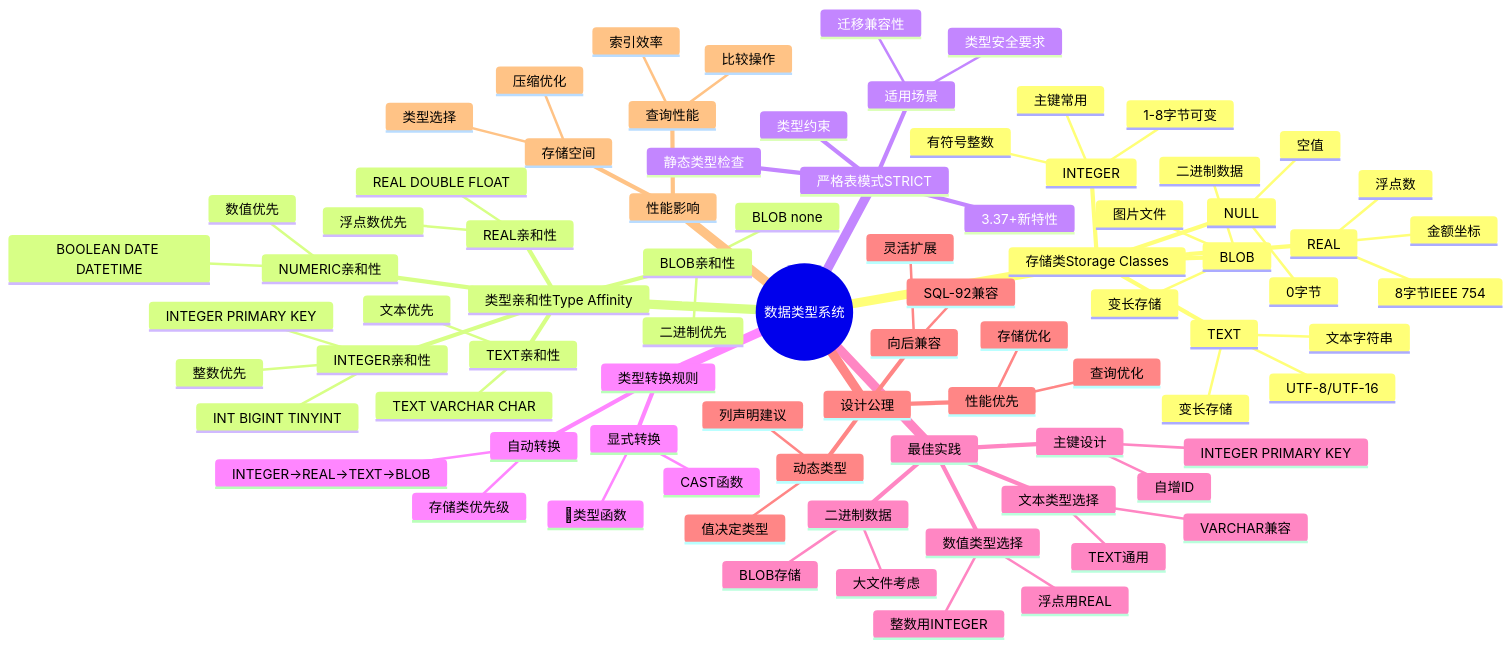
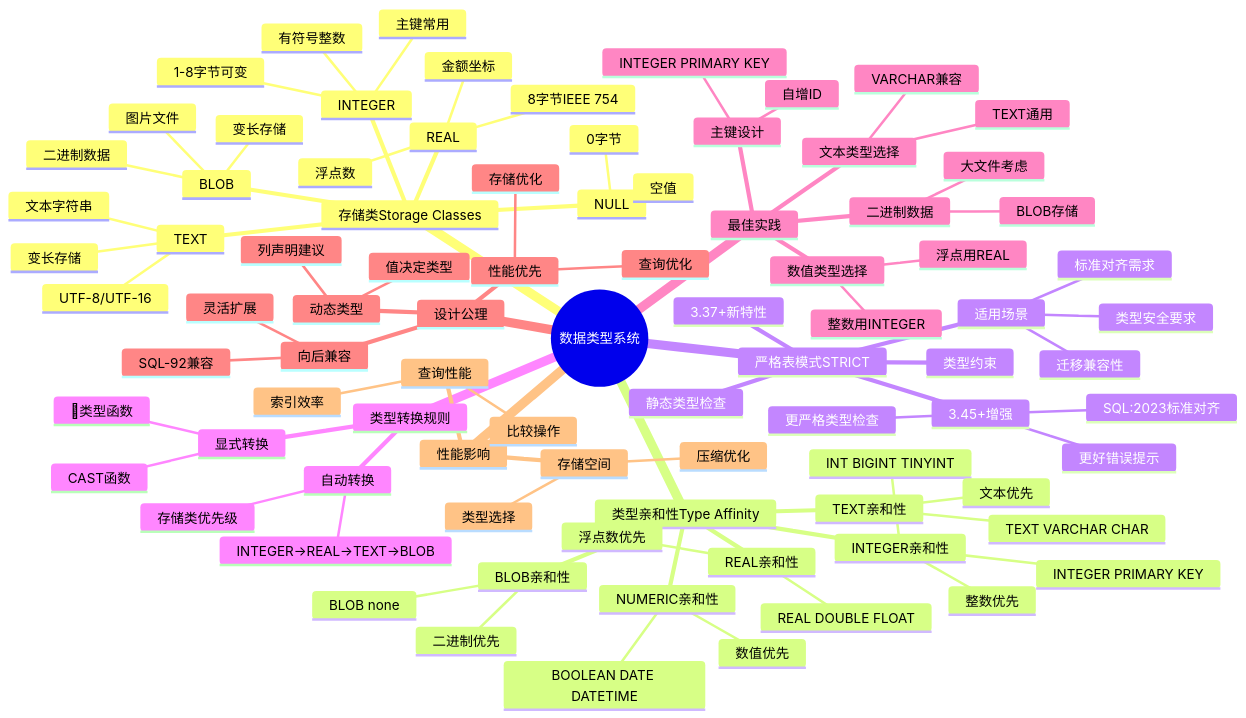
Before and after one commit to AdaMartin18010/Data-Science: the diagram in Sqlite/02-数据模型/02.01-数据类型系统.md, drawn with Mermaid. The commit also changed other lines of this file and 4 other files, not shown here.

```diff
--- a/Sqlite/02-数据模型/02.01-数据类型系统.md
+++ b/Sqlite/02-数据模型/02.01-数据类型系统.md
@@ -107,11 +148,16 @@
         数值优先
     严格表模式STRICT
       3.37+新特性
+      3.45+增强
+        更严格类型检查
+        更好错误提示
+        SQL:2023标准对齐
       静态类型检查
       类型约束
       适用场景
         类型安全要求
         迁移兼容性
+        标准对齐需求
     类型转换规则
       自动转换
         存储类优先级
```
